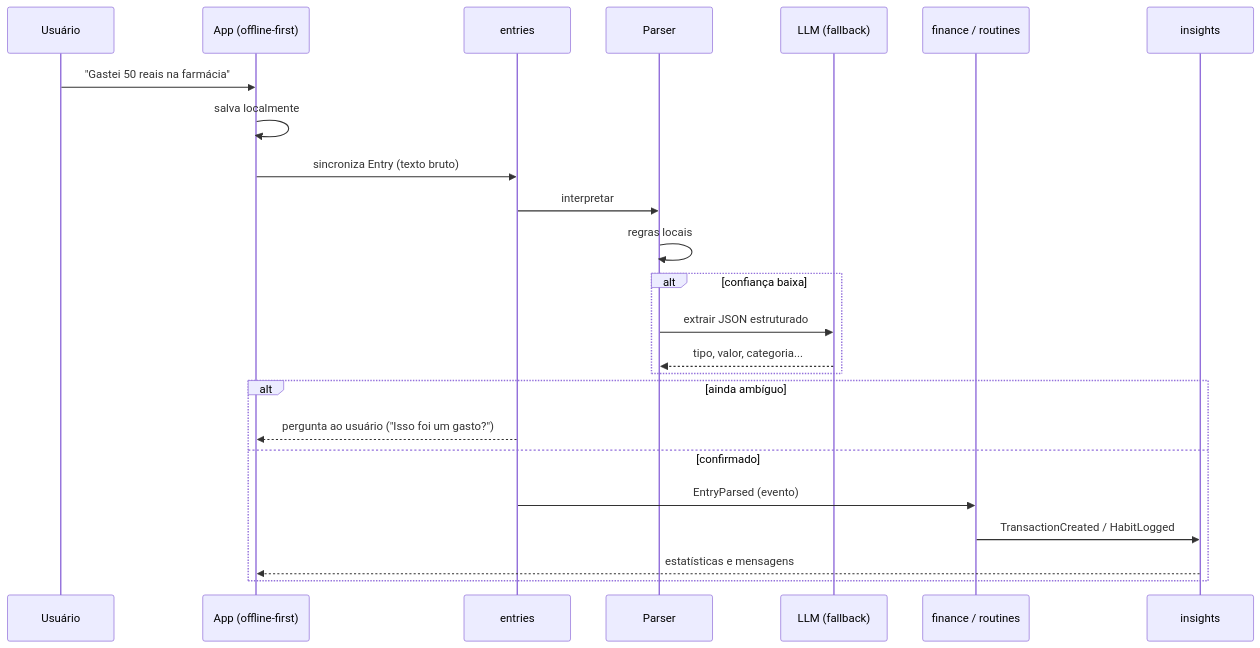
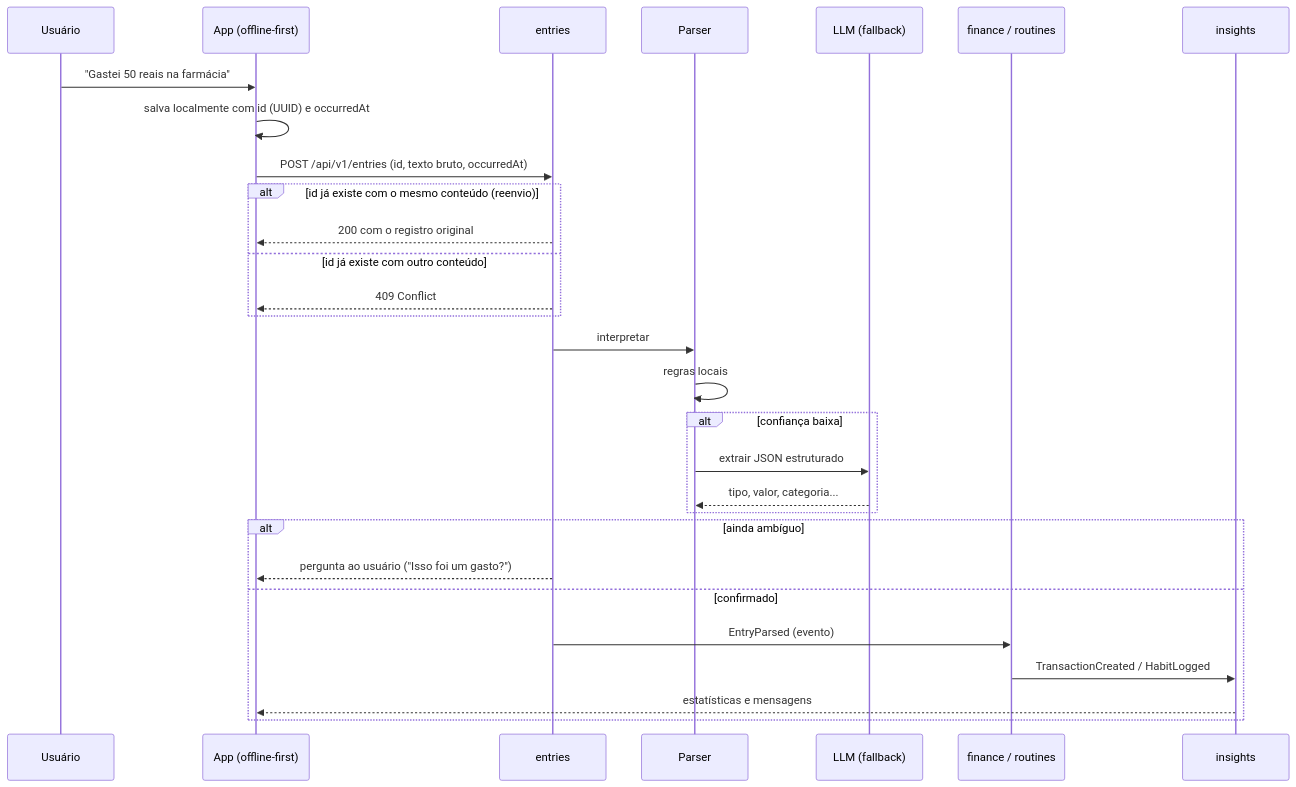
Before and after one commit to GabrieliModollo/mydly: the first of 2 diagrams in docs/arquitetura.md, drawn with Mermaid. The commit also changed other lines of this file and 3 other files, not shown here.

````diff
--- a/docs/arquitetura.md
+++ b/docs/arquitetura.md
@@ -9,27 +9,32 @@
 ```mermaid
 sequenceDiagram
     participant U as Usuário
     participant App as App (offline-first)
     participant E as entries
     participant P as Parser
     participant LLM as LLM (fallback)
     participant D as finance / routines
     participant I as insights
 
     U->>App: "Gastei 50 reais na farmácia"
-    App->>App: salva localmente
-    App->>E: sincroniza Entry (texto bruto)
+    App->>App: salva localmente com id (UUID) e occurredAt
+    App->>E: POST /api/v1/entries (id, texto bruto, occurredAt)
+    alt id já existe com o mesmo conteúdo (reenvio)
+        E-->>App: 200 com o registro original
+    else id já existe com outro conteúdo
+        E-->>App: 409 Conflict
+    end
     E->>P: interpretar
     P->>P: regras locais
     alt confiança baixa
         P->>LLM: extrair JSON estruturado
         LLM-->>P: tipo, valor, categoria...
     end
     alt ainda ambíguo
         E-->>App: pergunta ao usuário ("Isso foi um gasto?")
     else confirmado
         E->>D: EntryParsed (evento)
         D->>I: TransactionCreated / HabitLogged
         I-->>App: estatísticas e mensagens
     end
 ```
````
